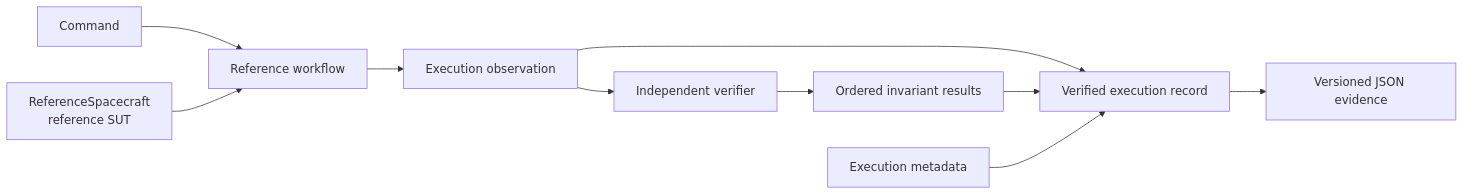
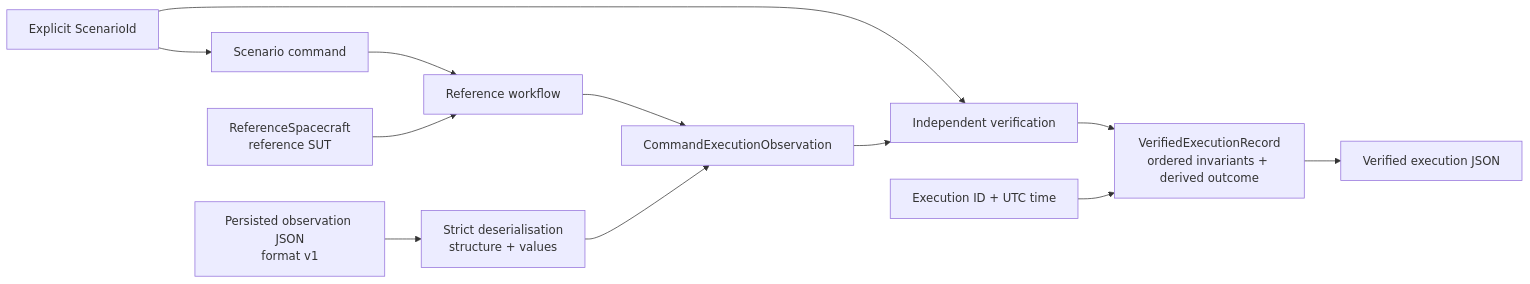
The diagram in README.md (NikolayAir/OrbiRig), drawn with Mermaid before and after one commit. The commit also changed other lines of this file and 1 other file, not shown here.

````diff
--- a/README.md
+++ b/README.md
@@ -9,12 +19,16 @@
 ```mermaid
 flowchart LR
-    command["Command"] --> workflow["Reference workflow"]
+    scenario["Explicit ScenarioId"] --> command["Scenario command"]
+    command --> workflow["Reference workflow"]
     sut["ReferenceSpacecraft<br/>reference SUT"] --> workflow
-    workflow --> observation["Execution observation"]
-    observation --> verifier["Independent verifier"]
-    verifier --> results["Ordered invariant results"]
-    observation --> record["Verified execution record"]
-    results --> record
-    metadata["Execution metadata"] --> record
-    record --> evidence["Versioned JSON evidence"]
+    workflow --> observation["CommandExecutionObservation"]
+
+    persisted["Persisted observation JSON<br/>format v1"] --> loader["Strict deserialisation<br/>structure + values"]
+    loader --> observation
+
+    scenario --> verifier["Independent verification"]
+    observation --> verifier
+    verifier --> record["VerifiedExecutionRecord<br/>ordered invariants + derived outcome"]
+    metadata["Execution ID + UTC time"] --> record
+    record --> evidence["Verified execution JSON"]
 ```
````
